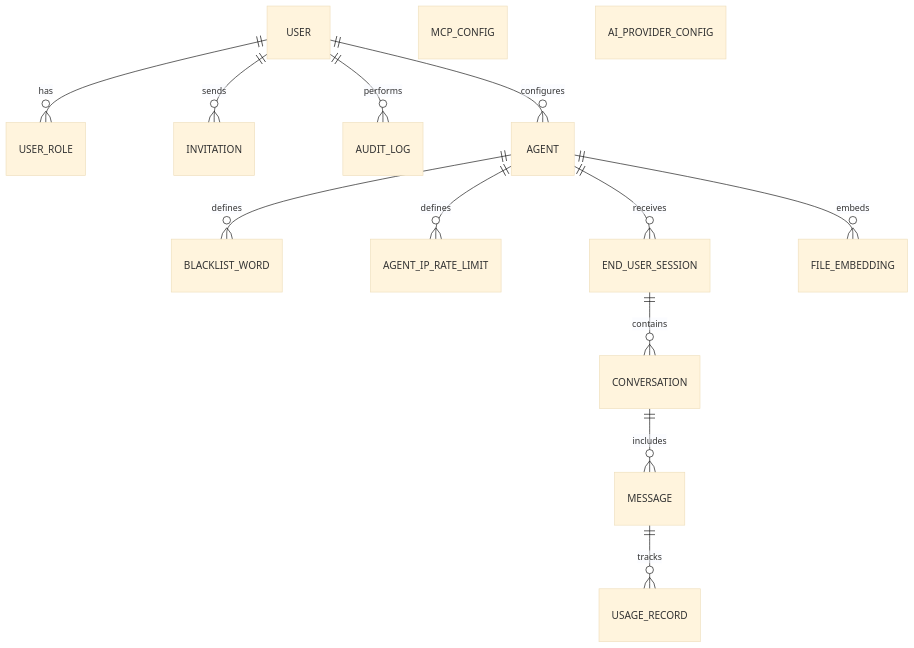
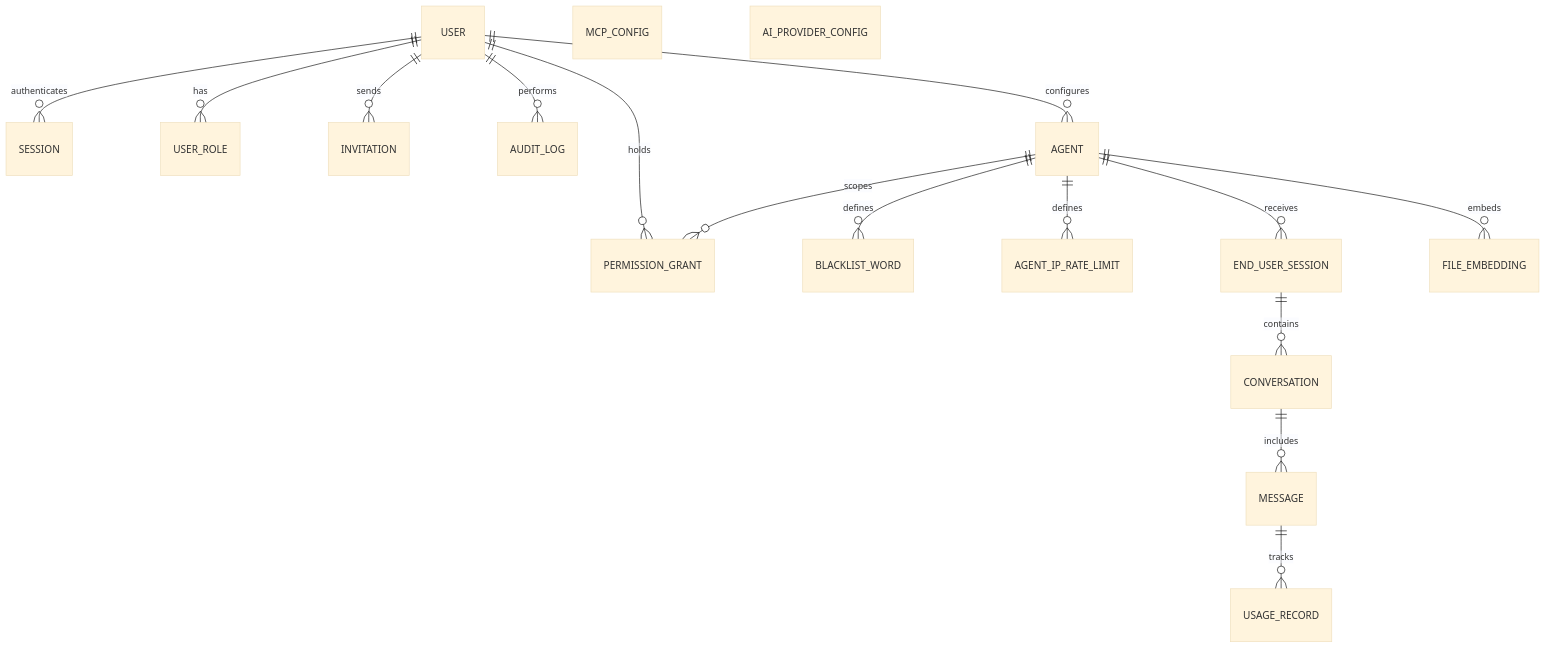
The diagram in docs/ERD.md (Talqo/talqo), drawn with Mermaid (base theme) before and after one commit. The commit also changed 88 other files, not shown here.

````diff
--- a/docs/ERD.md
+++ b/docs/ERD.md
@@ -5,35 +5,40 @@
 ```mermaid
 erDiagram
     USER
+    SESSION
     USER_ROLE
     INVITATION
+    PERMISSION_GRANT
     AUDIT_LOG
 
     AGENT
     BLACKLIST_WORD
     AGENT_IP_RATE_LIMIT
 
     MCP_CONFIG
     AI_PROVIDER_CONFIG
 
     END_USER_SESSION
     CONVERSATION
     MESSAGE
 
     FILE_EMBEDDING
     USAGE_RECORD
 
+    USER ||--o{ SESSION : authenticates
     USER ||--o{ USER_ROLE : has
     USER ||--o{ INVITATION : sends
+    USER ||--o{ PERMISSION_GRANT : holds
     USER ||--o{ AUDIT_LOG : performs
 
     USER ||--o{ AGENT : configures
+    AGENT ||--o{ PERMISSION_GRANT : scopes
     AGENT ||--o{ BLACKLIST_WORD : defines
     AGENT ||--o{ AGENT_IP_RATE_LIMIT : defines
     AGENT ||--o{ FILE_EMBEDDING : embeds
 
     AGENT ||--o{ END_USER_SESSION : receives
     END_USER_SESSION ||--o{ CONVERSATION : contains
     CONVERSATION ||--o{ MESSAGE : includes
     MESSAGE ||--o{ USAGE_RECORD : tracks
 ```
````
